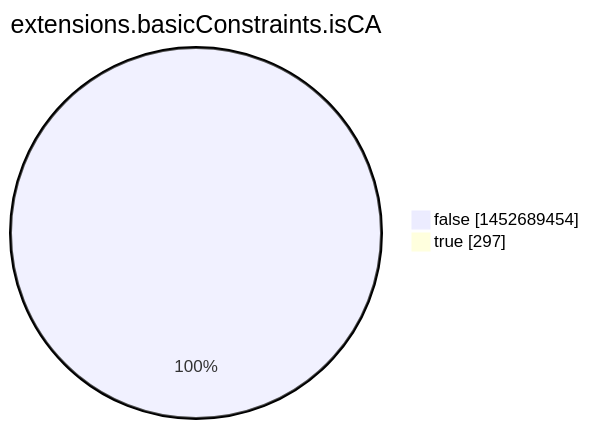
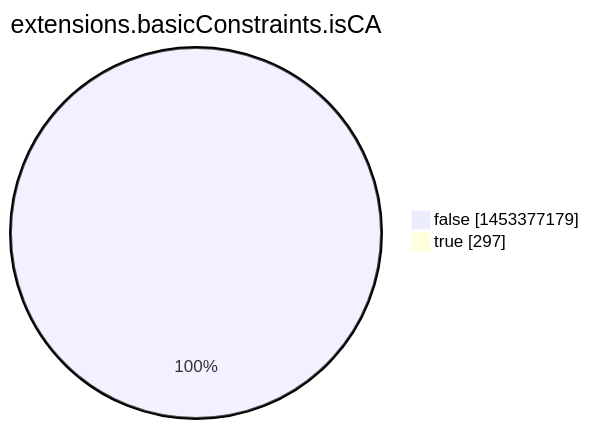
One commit to christiankrug/ctmonitor_visualization changed the eighth of 15 diagrams in argon2022/README.md. Above: the diagram before and after it, drawn with Mermaid. The commit also changed other lines of this file, not shown here.

````diff
--- a/argon2022/README.md
+++ b/argon2022/README.md
@@ -2760,6 +2760,6 @@
 ```mermaid
 pie showData
 title extensions.basicConstraints.isCA
-"false" :1452689454
+"false" :1453377179
 "true" :297
 ```
````
